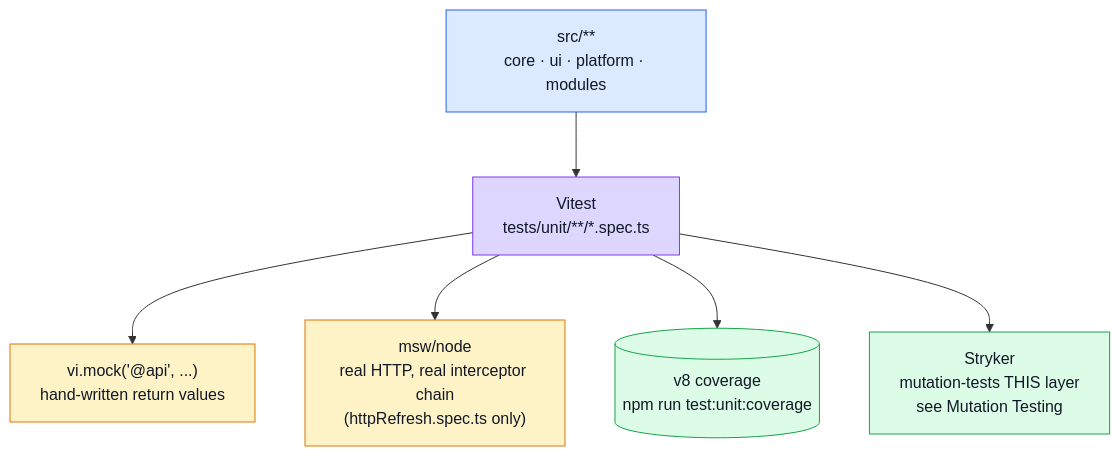
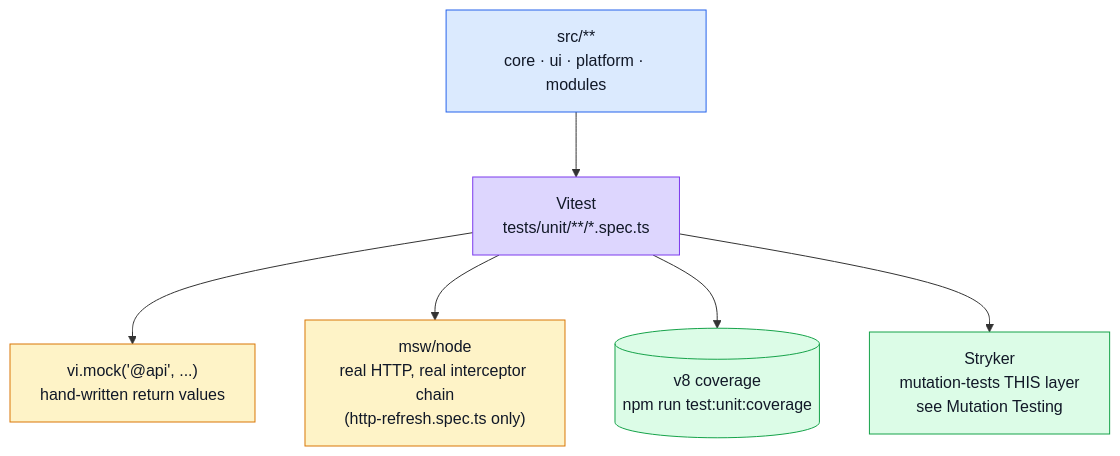
The diagram in docs/tools/unit-testing.md (Guebbit/boilerplate-vue-frontend), drawn with Mermaid before and after one commit. The commit also changed other lines of this file and 87 other files, not shown here.

````diff
--- a/docs/tools/unit-testing.md
+++ b/docs/tools/unit-testing.md
@@ -18,18 +18,18 @@
 ```mermaid
 %%{init: {'flowchart': {'nodeSpacing': 50, 'rankSpacing': 65}}}%%
 flowchart TB
     Source["src/**\ncore · ui · platform · modules"] --> Unit["Vitest\ntests/unit/**/*.spec.ts"]
     Unit --> ModuleMock["vi.mock('@api', ...)\nhand-written return values"]
-    Unit --> NodeMSW["msw/node\nreal HTTP, real interceptor chain\n(httpRefresh.spec.ts only)"]
+    Unit --> NodeMSW["msw/node\nreal HTTP, real interceptor chain\n(http-refresh.spec.ts only)"]
     Unit --> Coverage[("v8 coverage\nnpm run test:unit:coverage")]
     Unit --> Mutation["Stryker\nmutation-tests THIS layer\nsee Mutation Testing"]
 
     classDef src fill:#dbeafe,stroke:#2563eb,color:#111827;
     classDef test fill:#ddd6fe,stroke:#7c3aed,color:#111827;
     classDef mock fill:#fef3c7,stroke:#d97706,color:#111827;
     classDef out fill:#dcfce7,stroke:#16a34a,color:#111827;
     class Source src;
     class Unit test;
     class ModuleMock,NodeMSW mock;
     class Coverage,Mutation out;
 ```
````
